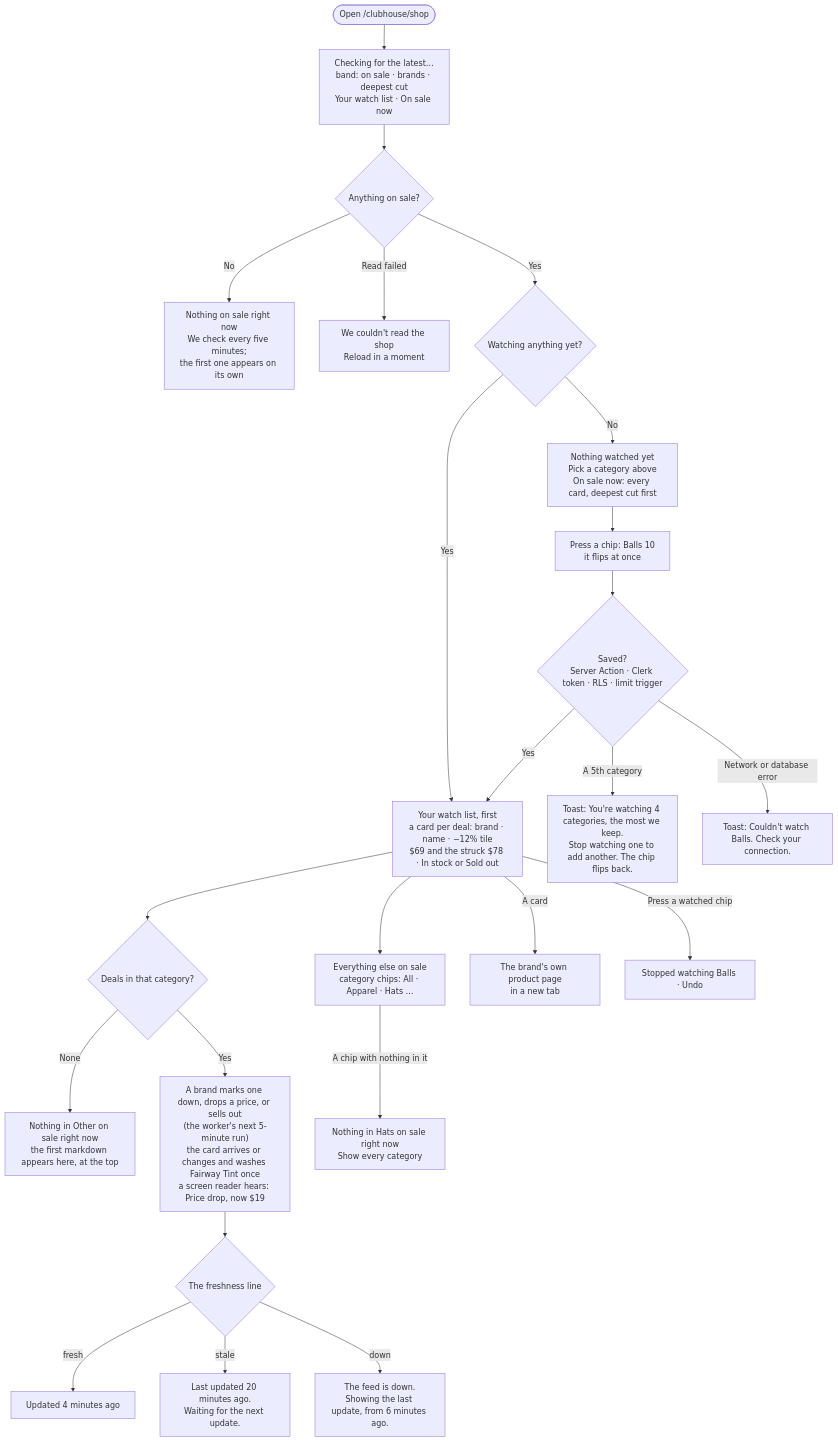
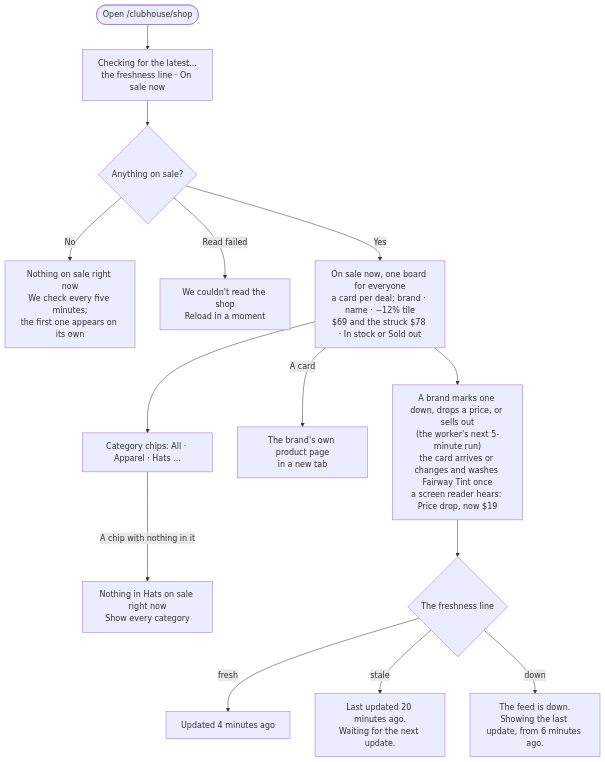
The fifth of 7 diagrams in flows.md (hewittw/18-eagles-members), drawn with Mermaid before and after one commit. The commit also changed other lines of this file and 17 other files, not shown here.

Commit message:
pro shop: one live board, no watch list; hero keeps only the freshness line; 'On sale now' says what's sold and from whom; a polite announcer for live changes; docs and diagrams follow

````diff
--- a/flows.md
+++ b/flows.md
@@ -130,26 +130,16 @@
 ```mermaid
 flowchart TD
-  S0([Open /clubhouse/shop]) --> S1["Checking for the latest…<br/>band: on sale · brands · deepest cut<br/>Your watch list · On sale now"]
+  S0([Open /clubhouse/shop]) --> S1["Checking for the latest…<br/>the freshness line · On sale now"]
   S1 --> S2{"Anything on sale?"}
   S2 -- "No" --> S3["Nothing on sale right now<br/>We check every five minutes;<br/>the first one appears on its own"]
   S2 -- "Read failed" --> E0["We couldn't read the shop<br/>Reload in a moment"]
-  S2 -- "Yes" --> S4{"Watching anything yet?"}
-  S4 -- "No" --> S5["Nothing watched yet<br/>Pick a category above<br/>On sale now: every card, deepest cut first"]
-  S5 --> S6["Press a chip: Balls 10<br/>it flips at once"]
-  S4 -- "Yes" --> S9
-  S6 --> V1{"Saved?<br/>Server Action · Clerk token · RLS · limit trigger"}
-  V1 -- "A 5th category" --> E1["Toast: You're watching 4 categories, the most we keep.<br/>Stop watching one to add another. The chip flips back."]
-  V1 -- "Network or database error" --> E2["Toast: Couldn't watch Balls. Check your connection."]
-  V1 -- "Yes" --> S9["Your watch list, first<br/>a card per deal: brand · name · −12% tile<br/>$69 and the struck $78 · In stock or Sold out"]
-  S9 --> S10{"Deals in that category?"}
-  S10 -- "None" --> S11["Nothing in Other on sale right now<br/>the first markdown appears here, at the top"]
-  S10 -- "Yes" --> S12["A brand marks one down, drops a price, or sells out<br/>(the worker's next 5-minute run)<br/>the card arrives or changes and washes Fairway Tint once<br/>a screen reader hears: Price drop, now $19"]
-  S9 --> S13["Everything else on sale<br/>category chips: All · Apparel · Hats …"]
+  S2 -- "Yes" --> S9["On sale now, one board for everyone<br/>a card per deal: brand · name · −12% tile<br/>$69 and the struck $78 · In stock or Sold out"]
+  S9 --> S13["Category chips: All · Apparel · Hats …"]
   S13 -- "A chip with nothing in it" --> S14["Nothing in Hats on sale right now<br/>Show every category"]
   S9 -- "A card" --> S15["The brand's own product page<br/>in a new tab"]
-  S9 -- "Press a watched chip" --> U1["Stopped watching Balls · Undo"]
+  S9 --> S12["A brand marks one down, drops a price, or sells out<br/>(the worker's next 5-minute run)<br/>the card arrives or changes and washes Fairway Tint once<br/>a screen reader hears: Price drop, now $19"]
   S12 --> F1{"The freshness line"}
   F1 -- "fresh" --> F2["Updated 4 minutes ago"]
   F1 -- "stale" --> F3["Last updated 20 minutes ago.<br/>Waiting for the next update."]
   F1 -- "down" --> F4["The feed is down.<br/>Showing the last update, from 6 minutes ago."]
 ```
````
